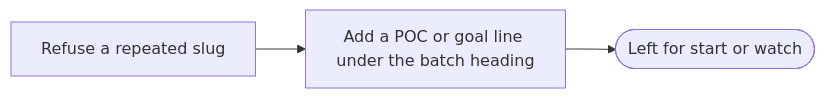
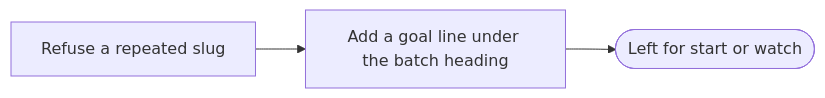
One commit to jcl2018/agent-workflow-template changed diagram 14 of 16 in docs/wiki/Monitoring.md. Above: the diagram before and after it, drawn with Mermaid. The commit also changed other lines of this file and 8 other files, not shown here.

````diff
--- a/docs/wiki/Monitoring.md
+++ b/docs/wiki/Monitoring.md
@@ -360,8 +345,8 @@
 ```mermaid
 flowchart LR
   a["Refuse a repeated slug"]
-  b["Add a POC or goal line under the batch heading"]
+  b["Add a goal line under the batch heading"]
   c(["Left for start or watch"])
   a --> b
   b --> c
 ```
````
